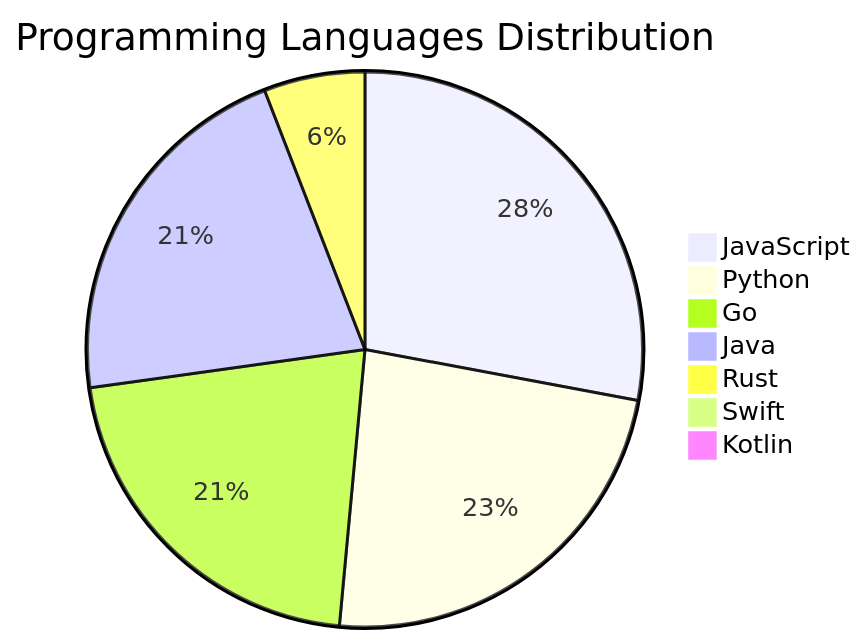
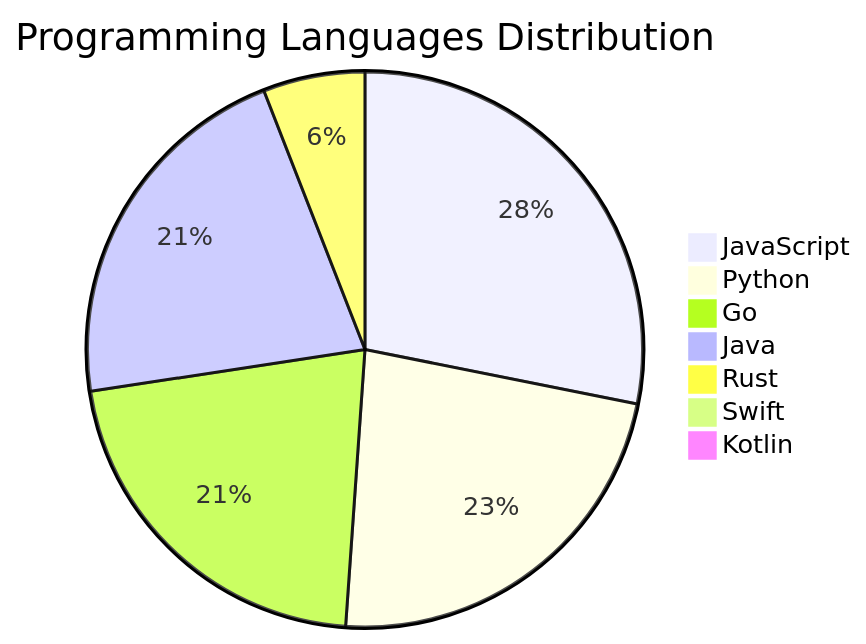
The diagram in README.md (Derrick-MUGISHA/github-activity-bot), drawn with Mermaid before and after one commit. The commit also changed other lines of this file and 4 other files, not shown here.

````diff
--- a/README.md
+++ b/README.md
@@ -213,10 +213,10 @@
 ```mermaid
 pie title Programming Languages Distribution
     "JavaScript" : 38
-    "Python" : 32
+    "Python" : 31
     "Go" : 29
     "Java" : 29
     "Rust" : 8
     "Swift" : 1
     "Kotlin" : 1
 ```
````
